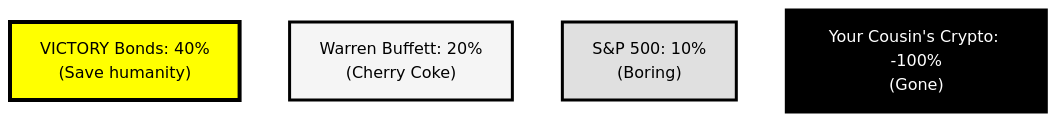
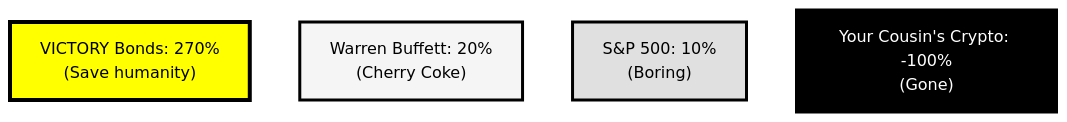
The second of 3 diagrams in landing-page.qmd (mikepsinn/disease-eradication-plan), drawn with Mermaid before and after one commit. The commit also changed other lines of this file and 6 other files, not shown here.

Commit message:
Update VICTORY Bonds return figures across multiple documents to reflect a revised promise of 270% annual returns, ensuring consistency in financial projections and enhancing the appeal of the investment opportunity.

````diff
--- a/landing-page.qmd
+++ b/landing-page.qmd
@@ -175,13 +175,13 @@
 ```{mermaid}
 %%{init: {'theme':'base', 'themeVariables': { 'primaryColor':'#fff', 'primaryTextColor':'#000', 'primaryBorderColor':'#000', 'lineColor':'#000'}}}%%
 graph TD
-    A["VICTORY Bonds: 40%<br/>(Save humanity)"] 
+    A["VICTORY Bonds: 270%<br/>(Save humanity)"] 
     B["Warren Buffett: 20%<br/>(Cherry Coke)"]
     C["S&P 500: 10%<br/>(Boring)"]
     D["Your Cousin's Crypto: -100%<br/>(Gone)"]
     
     style A fill:#FFFF00,stroke:#000,stroke-width:4px
     style B fill:#f5f5f5,stroke:#000,stroke-width:3px
     style C fill:#e0e0e0,stroke:#000,stroke-width:3px
     style D fill:#000,color:#fff,stroke:#000,stroke-width:3px
 ```
````
